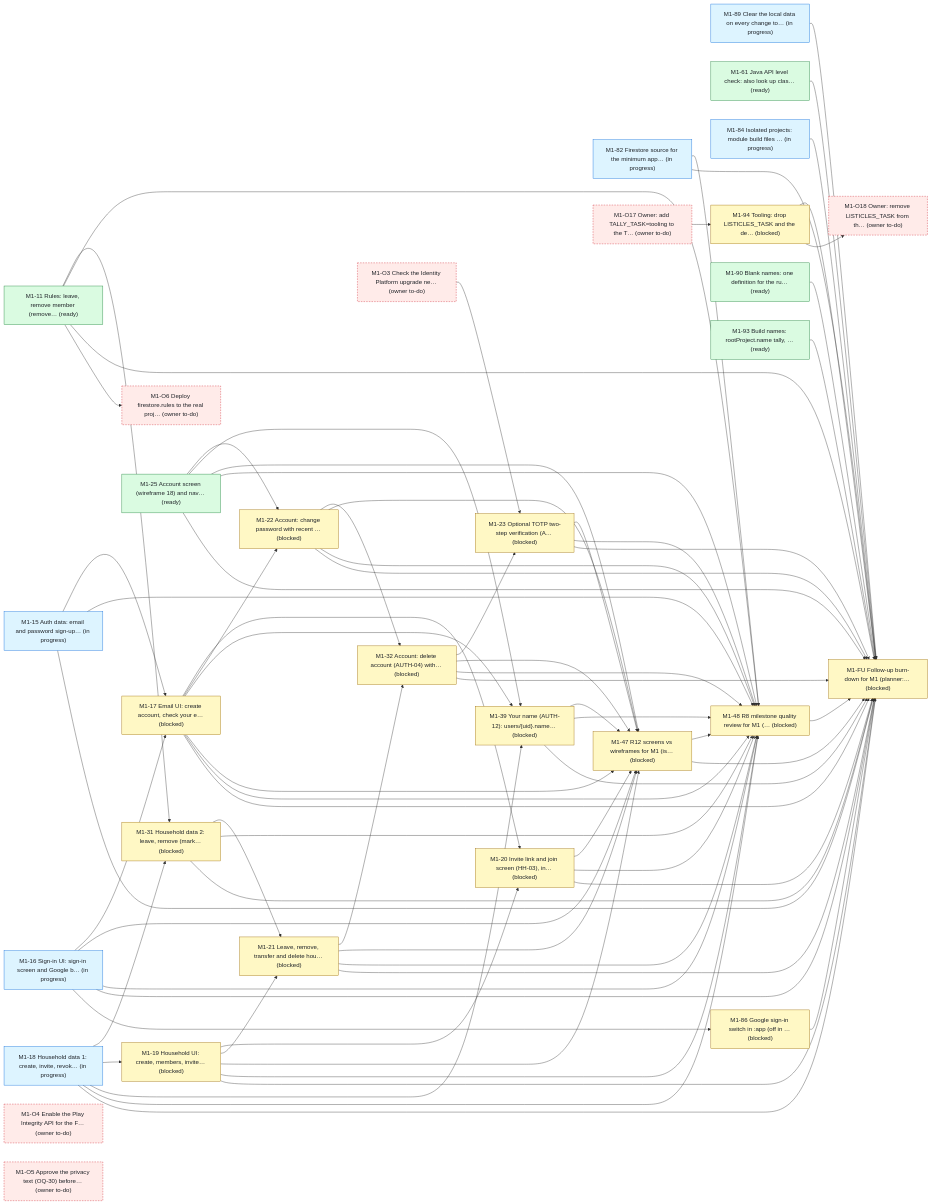
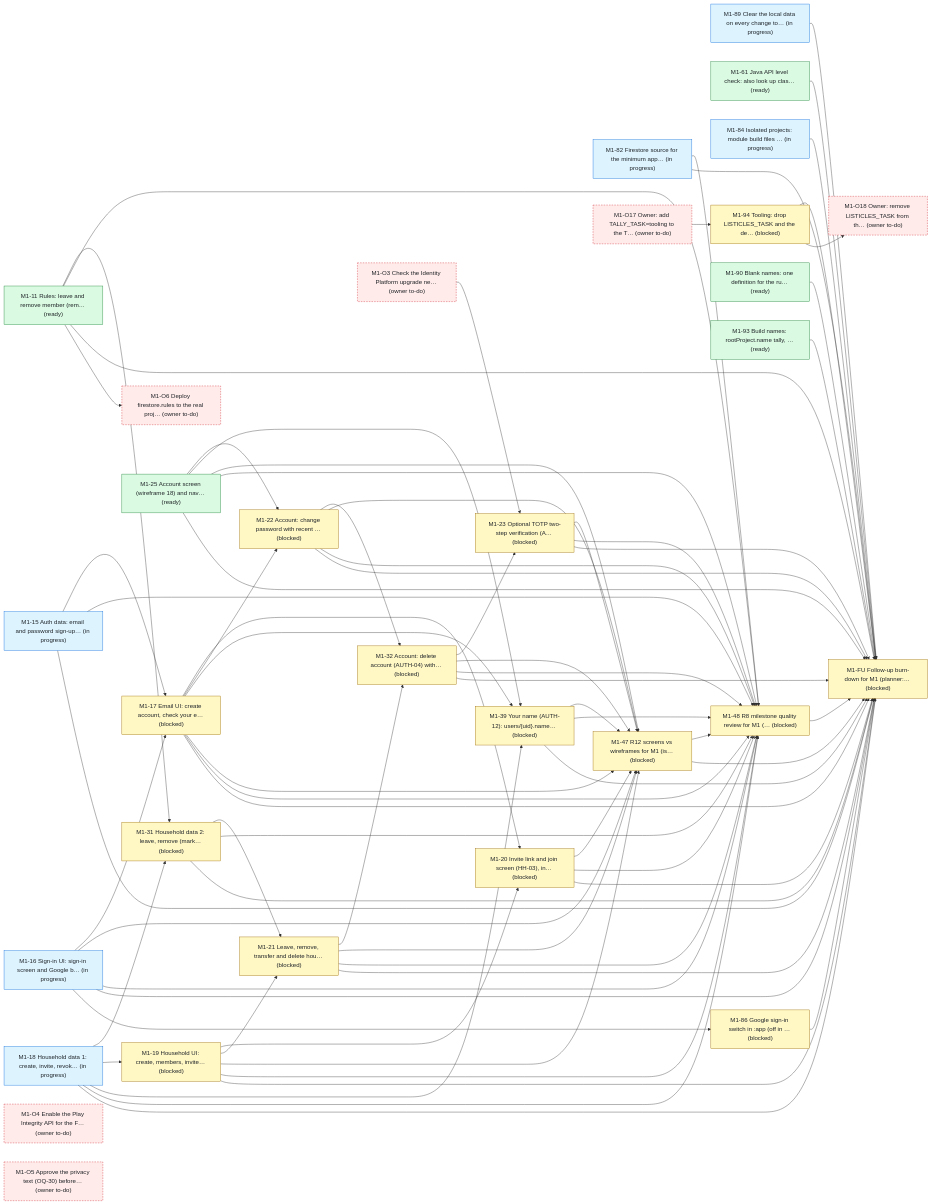
Before and after one commit to bondo/listicles2: the first of 4 diagrams in status.md, drawn with Mermaid. The commit also changed other lines of this file and 3 other files, not shown here.

````diff
--- a/status.md
+++ b/status.md
@@ -238,6 +239,6 @@
 ```mermaid
 flowchart LR
-    n0["M1-11 Rules: leave, remove member (remove… (ready)"]:::ready
+    n0["M1-11 Rules: leave and remove member (rem… (ready)"]:::ready
     n1["M1-82 Firestore source for the minimum app… (in progress)"]:::progress
     n2["M1-89 Clear the local data on every change to… (in progress)"]:::progress
     n3["M1-15 Auth data: email and password sign-up… (in progress)"]:::progress
````
